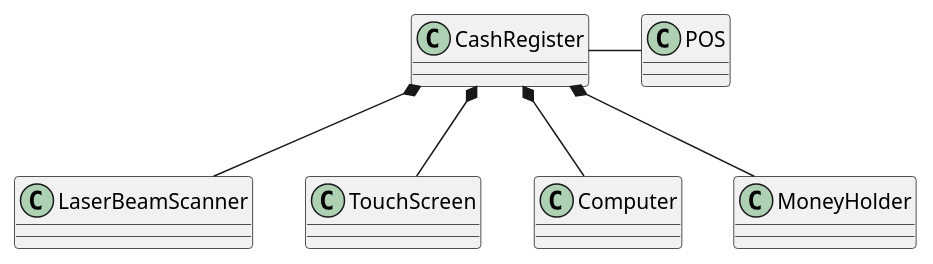
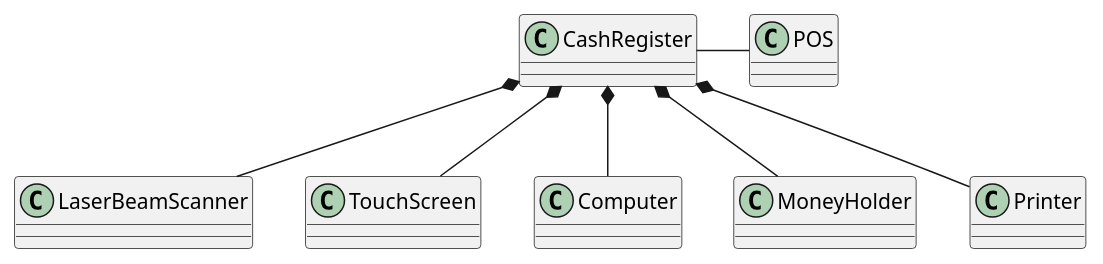
The fourth of 5 diagrams in Deliverables/RequirementsDocument.md (BMike10/EzShop), drawn with PlantUML before and after one commit. The commit also changed other lines of this file and 7 other files, not shown here.

```diff
--- a/Deliverables/RequirementsDocument.md
+++ b/Deliverables/RequirementsDocument.md
@@ -769,11 +777,12 @@
 	@startuml system_design
 		class CashRegister
 		class LaserBeamScanner
 		class POS
 
 		CashRegister *-- LaserBeamScanner 
 		CashRegister *-- TouchScreen
 		CashRegister *-- Computer
 		CashRegister *-- MoneyHolder
+		CashRegister *-- Printer
 		CashRegister - POS
 	@enduml
```
